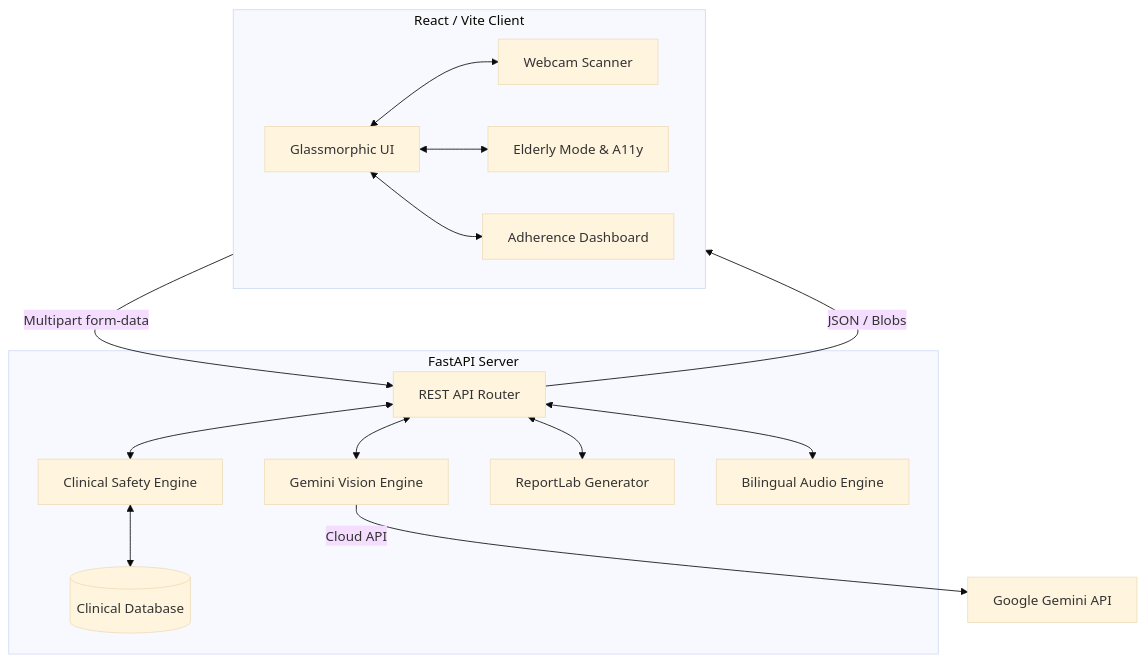
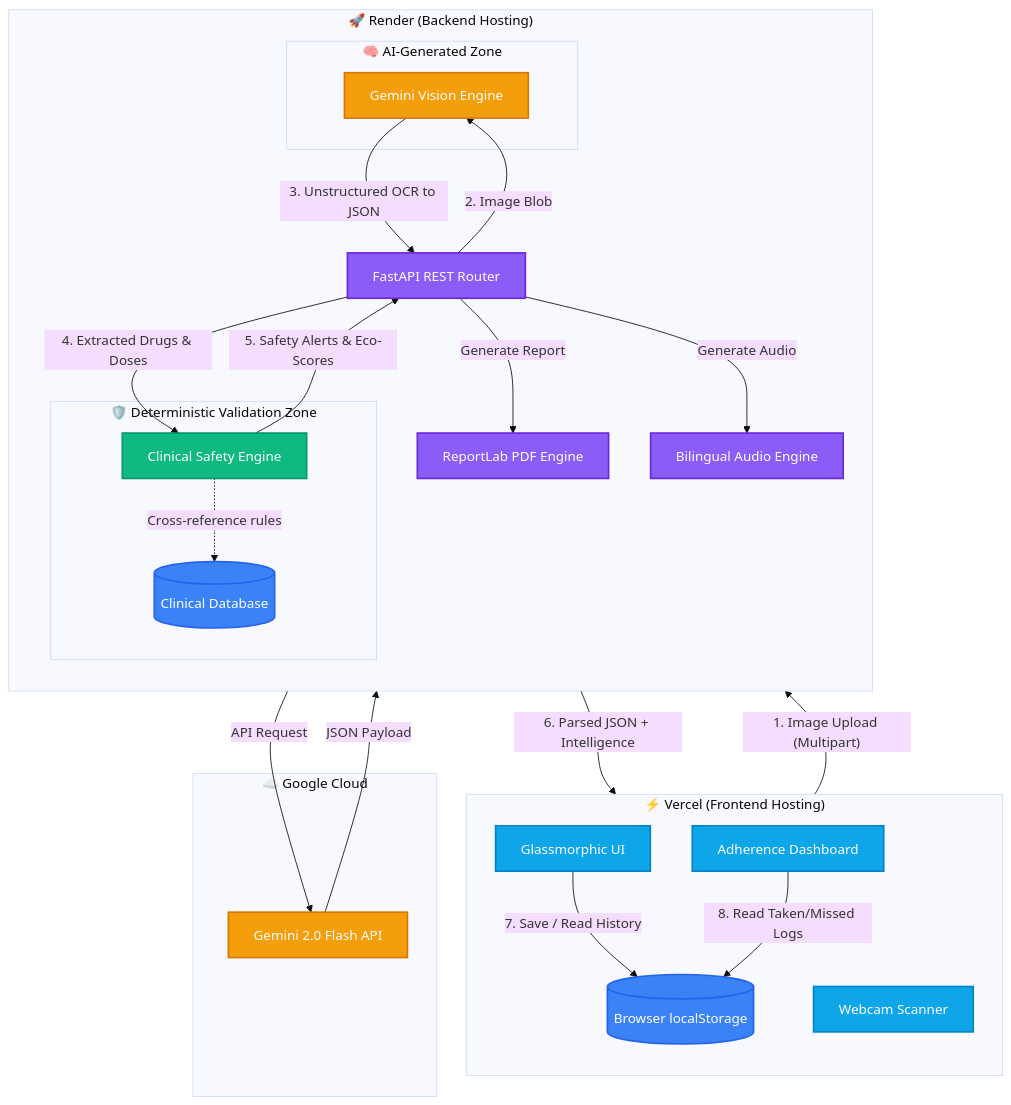
Before and after one commit to sameekshajangra/RxLens: the diagram in README.md, drawn with Mermaid (base theme).

Commit message:
docs: Upgrade Mermaid architecture diagram with deployment layers, trust boundaries, and color hierarchy

````diff
--- a/README.md
+++ b/README.md
@@ -32,31 +32,68 @@
 ```mermaid
 graph TD
-    subgraph Frontend [React / Vite Client]
+    %% Deployment Layer Enclosures
+    subgraph Vercel ["⚡ Vercel (Frontend Hosting)"]
+        direction TB
         UI[Glassmorphic UI]
         Cam[Webcam Scanner]
-        Access[Elderly Mode & A11y]
         Dash[Adherence Dashboard]
-        UI <--> Cam
-        UI <--> Access
-        UI <--> Dash
+        LS[(Browser localStorage)]
     end
 
-    subgraph Backend [FastAPI Server]
-        API[REST API Router]
-        VLM[Gemini Vision Engine]
-        CEngine[Clinical Safety Engine]
-        DB[(Clinical Database)]
-        PDF[ReportLab Generator]
+    subgraph Render ["🚀 Render (Backend Hosting)"]
+        direction TB
+        API[FastAPI REST Router]
+        
+        subgraph TrustBoundary ["🛡️ Deterministic Validation Zone"]
+            CEngine[Clinical Safety Engine]
+            DB[(Clinical Database)]
+        end
+
+        subgraph AIBoundary ["🧠 AI-Generated Zone"]
+            VLM[Gemini Vision Engine]
+        end
+
+        PDF[ReportLab PDF Engine]
         TTS[Bilingual Audio Engine]
-        
-        API <--> VLM
-        API <--> CEngine
-        CEngine <--> DB
-        API <--> PDF
-        API <--> TTS
     end
 
-    Frontend -- Multipart form-data --> API
-    API -- JSON / Blobs --> Frontend
-    VLM -- Cloud API --> Google[Google Gemini API]
+    subgraph GoogleCloud ["☁️ Google Cloud"]
+        GeminiAPI[Gemini 2.0 Flash API]
+    end
+
+    %% Data Flow Routing (Frontend)
+    Cam -- "1. Image Upload (Multipart)" --> API
+    API -- "6. Parsed JSON + Intelligence" --> UI
+    UI -- "7. Save / Read History" --> LS
+    Dash -- "8. Read Taken/Missed Logs" --> LS
+
+    %% Internal Backend Routing
+    API -- "2. Image Blob" --> VLM
+    VLM -- "3. Unstructured OCR to JSON" --> API
+    API -- "4. Extracted Drugs & Doses" --> CEngine
+    CEngine -- "5. Safety Alerts & Eco-Scores" --> API
+    
+    %% AI Boundary Routing
+    VLM -- "API Request" --> GeminiAPI
+    GeminiAPI -- "JSON Payload" --> VLM
+    
+    %% Deterministic Routing
+    CEngine -. "Cross-reference rules" .-> DB
+
+    %% Auxiliary Routing
+    API -- "Generate Report" --> PDF
+    API -- "Generate Audio" --> TTS
+
+    %% Styling & Color Hierarchy
+    classDef frontend fill:#0ea5e9,stroke:#0284c7,stroke-width:2px,color:#fff;
+    classDef backend fill:#8b5cf6,stroke:#6d28d9,stroke-width:2px,color:#fff;
+    classDef ai fill:#f59e0b,stroke:#d97706,stroke-width:2px,color:#fff;
+    classDef safety fill:#10b981,stroke:#059669,stroke-width:2px,color:#fff;
+    classDef storage fill:#3b82f6,stroke:#2563eb,stroke-width:2px,color:#fff;
+
+    class UI,Cam,Dash frontend;
+    class API,PDF,TTS backend;
+    class VLM,GeminiAPI ai;
+    class CEngine safety;
+    class DB,LS storage;
 ```
````
